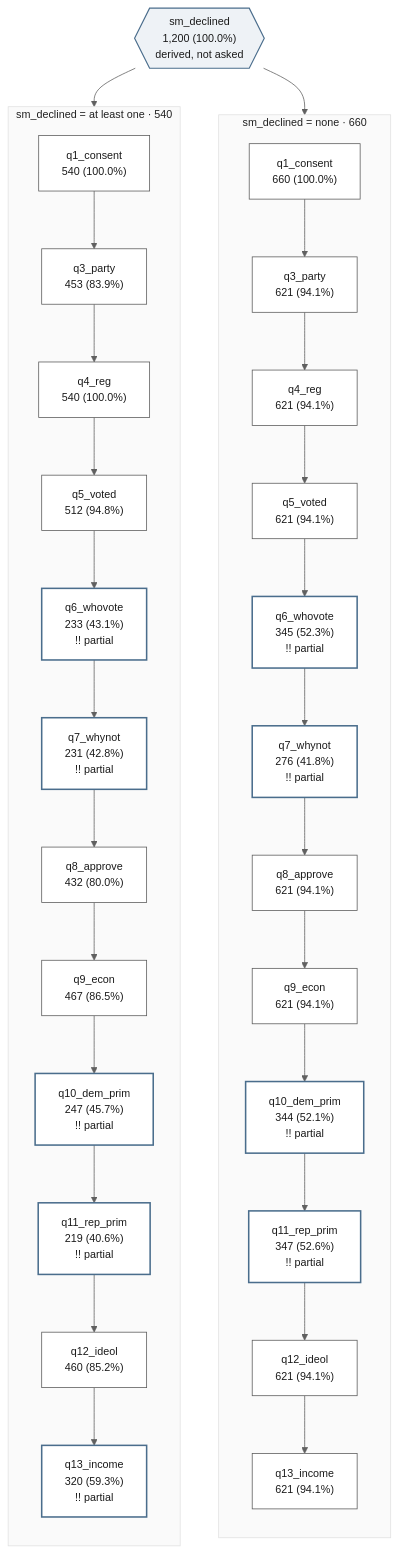
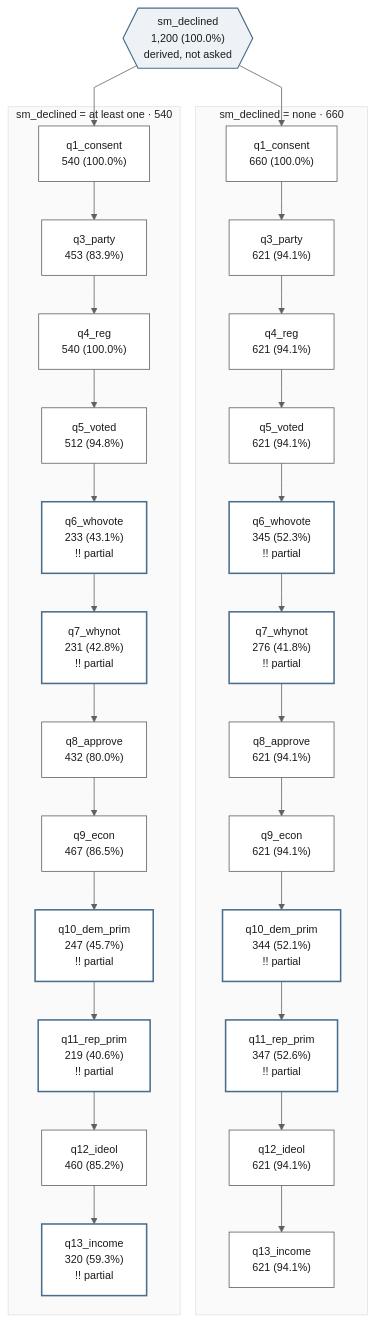
One commit to ericabooth/surveymap-stata-public changed the diagram in gallery/g_profile.mmd. Above: the diagram before and after it, drawn with Mermaid. The commit also changed 30 other files, not shown here.

```diff
--- a/gallery/g_profile.mmd
+++ b/gallery/g_profile.mmd
@@ -1,68 +1,66 @@
-%%{init: {'theme':'base','themeVariables':{'fontFamily':'Helvetica, Arial, sans-serif','fontSize':'14px','primaryColor':'#ffffff','primaryTextColor':'#202020','primaryBorderColor':'#606060','lineColor':'#606060','secondaryColor':'#f4f4f4','tertiaryColor':'#fafafa','edgeLabelBackground':'#ffffff','titleColor':'#202020'}}}%%
-%% surveymap _sm_rendertext 0.1.0 - journal g_profile.tsv - rendered 24 Aug 2026 04:33:25 - Stata 19.5 MP
+%%{init: {'theme':'base','themeVariables':{'fontFamily':'Helvetica, Arial, sans-serif','fontSize':'14px','primaryColor':'#ffffff','primaryTextColor':'#202020','primaryBorderColor':'#606060','lineColor':'#606060','secondaryColor':'#f4f4f4','tertiaryColor':'#fafafa','edgeLabelBackground':'#ffffff','titleColor':'#202020'},'flowchart':{'curve':'linear'}}}%%
+%% surveymap _sm_rendertext 0.1.0 - journal g_profile.tsv - rendered 24 Aug 2026 05:05:42 - Stata 19.5 MP
 flowchart TB
   accTitle: surveymap flow of g_profile.tsv
   accDescr {
     1,200 respondents, 13 items, 1 gate. Items run top to bottom in questionnaire order; a gate fans the sample into lanes that rejoin the spine at the end of its segment. A dashed node is a cell the lane was routed around. Two exclamation marks flag a warning.
   }
   classDef default fill:#ffffff,stroke:#5a5a5a,color:#1a1a1a,stroke-width:1px;
   classDef smghost fill:#fbfbfb,stroke:#b0b0b0,stroke-dasharray: 5 4,color:#8a8a8a,stroke-width:1px;
   classDef smwarn fill:#ffffff,stroke:#4a6d8c,stroke-width:2px,color:#1a1a1a;
   classDef smgate fill:#eef2f6,stroke:#4a6d8c,stroke-width:1.5px,color:#1a1a1a;
   n1{{"sm_declined<br/>1,200 (100.0%)<br/>derived, not asked"}}
   subgraph SG1x1["sm_declined = none · 660"]
-    direction TB
   n2v1["q1_consent<br/>660 (100.0%)"]
   n3v1["q3_party<br/>621 (94.1%)"]
   n4v1["q4_reg<br/>621 (94.1%)"]
   n5v1["q5_voted<br/>621 (94.1%)"]
   n6v1["q6_whovote<br/>345 (52.3%)<br/>!! partial"]
   n7v1["q7_whynot<br/>276 (41.8%)<br/>!! partial"]
   n8v1["q8_approve<br/>621 (94.1%)"]
   n9v1["q9_econ<br/>621 (94.1%)"]
   n10v1["q10_dem_prim<br/>344 (52.1%)<br/>!! partial"]
   n11v1["q11_rep_prim<br/>347 (52.6%)<br/>!! partial"]
   n12v1["q12_ideol<br/>621 (94.1%)"]
   n13v1["q13_income<br/>621 (94.1%)"]
   end
   subgraph SG1x2["sm_declined = at least one · 540"]
-    direction TB
   n2v2["q1_consent<br/>540 (100.0%)"]
   n3v2["q3_party<br/>453 (83.9%)"]
   n4v2["q4_reg<br/>540 (100.0%)"]
   n5v2["q5_voted<br/>512 (94.8%)"]
   n6v2["q6_whovote<br/>233 (43.1%)<br/>!! partial"]
   n7v2["q7_whynot<br/>231 (42.8%)<br/>!! partial"]
   n8v2["q8_approve<br/>432 (80.0%)"]
   n9v2["q9_econ<br/>467 (86.5%)"]
   n10v2["q10_dem_prim<br/>247 (45.7%)<br/>!! partial"]
   n11v2["q11_rep_prim<br/>219 (40.6%)<br/>!! partial"]
   n12v2["q12_ideol<br/>460 (85.2%)"]
   n13v2["q13_income<br/>320 (59.3%)<br/>!! partial"]
   end
   n1 --> n2v1
   n2v1 --> n3v1
   n3v1 --> n4v1
   n4v1 --> n5v1
   n5v1 --> n6v1
   n6v1 --> n7v1
   n7v1 --> n8v1
   n8v1 --> n9v1
   n9v1 --> n10v1
   n10v1 --> n11v1
   n11v1 --> n12v1
   n12v1 --> n13v1
   n1 --> n2v2
   n2v2 --> n3v2
   n3v2 --> n4v2
   n4v2 --> n5v2
   n5v2 --> n6v2
   n6v2 --> n7v2
   n7v2 --> n8v2
   n8v2 --> n9v2
   n9v2 --> n10v2
   n10v2 --> n11v2
   n11v2 --> n12v2
   n12v2 --> n13v2
   class n1 smgate;
   class n6v1,n7v1,n10v1,n11v1,n6v2,n7v2,n10v2,n11v2,n13v2 smwarn;
```
